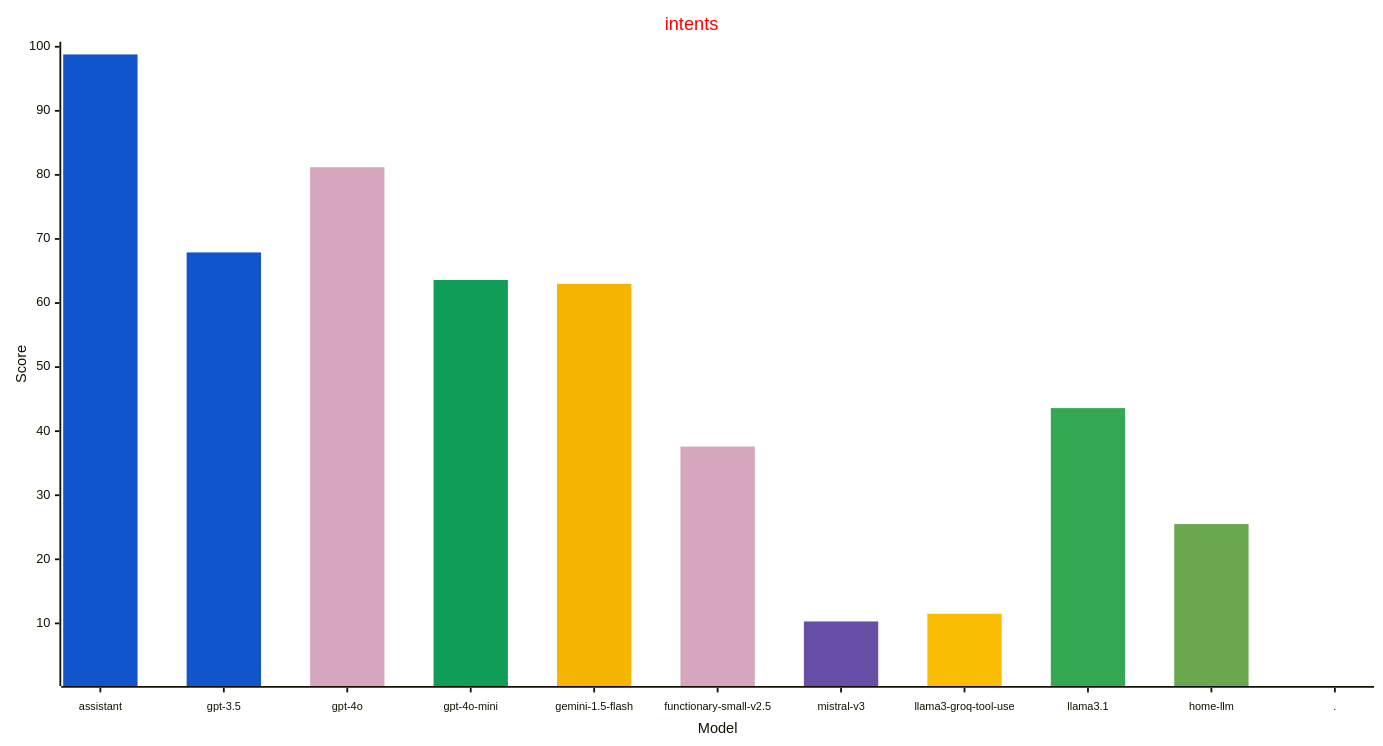
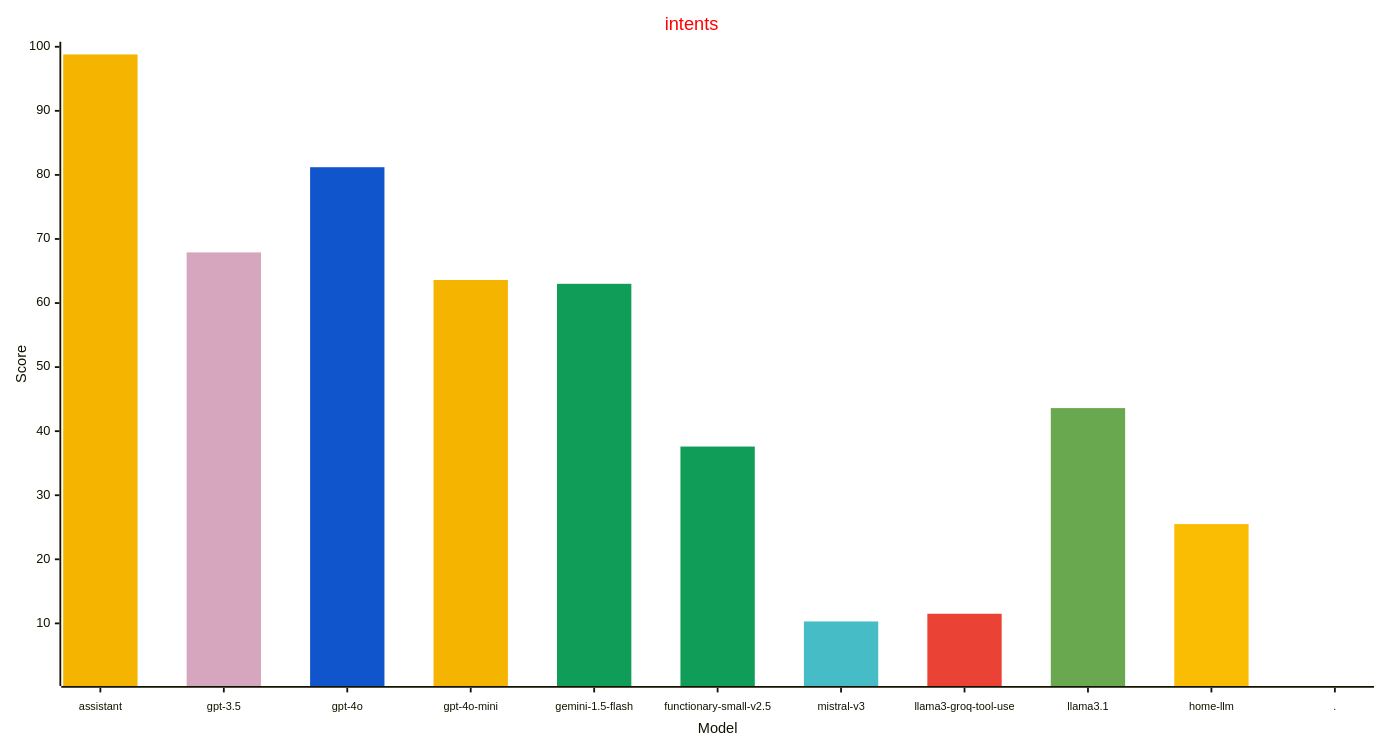
Before and after one commit to allenporter/home-assistant-datasets: the fourth of 4 diagrams in reports/README.md, drawn with Mermaid. The commit also changed other lines of this file and 1 other file, not shown here.

````diff
--- a/reports/README.md
+++ b/reports/README.md
@@ -194,31 +194,31 @@
 ```mermaid
 ---
 config:
     xyChart:
         width: 1500
         height: 800
         xAxis:
           labelFontSize: 12
           labelPadding: 8
     themeVariables:
         xyChart:
             titleColor: "#ff0000"
-            plotColorPalette: "#1155cc, #1155cc, #d5a6bd, #0f9d58, #f4b400, #d5a6bd, #674ea7, #fbbc04, #34a853, #6aa84f, #4285f4"
+            plotColorPalette: "#f4b400, #d5a6bd, #1155cc, #f4b400, #0f9d58, #0f9d58, #46bdc6, #ea4335, #6aa84f, #fbbc04, #4285f4"
 
 ---
 xychart-beta
   title "intents"
   x-axis "Model" [assistant, gpt-3.5, gpt-4o, gpt-4o-mini, gemini-1.5-flash, functionary-small-v2.5, mistral-v3, llama3-groq-tool-use, llama3.1, home-llm, .]
   y-axis "Score" 1 --> 100
   bar [98.8, 0.0, 0.0, 0.0, 0.0, 0.0, 0.0, 0.0, 0.0, 0.0, 0.0]
   bar [0.0, 67.9, 0.0, 0.0, 0.0, 0.0, 0.0, 0.0, 0.0, 0.0, 0.0]
   bar [0.0, 0.0, 81.2, 0.0, 0.0, 0.0, 0.0, 0.0, 0.0, 0.0, 0.0]
   bar [0.0, 0.0, 0.0, 63.6, 0.0, 0.0, 0.0, 0.0, 0.0, 0.0, 0.0]
   bar [0.0, 0.0, 0.0, 0.0, 63.0, 0.0, 0.0, 0.0, 0.0, 0.0, 0.0]
   bar [0.0, 0.0, 0.0, 0.0, 0.0, 37.6, 0.0, 0.0, 0.0, 0.0, 0.0]
   bar [0.0, 0.0, 0.0, 0.0, 0.0, 0.0, 10.3, 0.0, 0.0, 0.0, 0.0]
   bar [0.0, 0.0, 0.0, 0.0, 0.0, 0.0, 0.0, 11.5, 0.0, 0.0, 0.0]
   bar [0.0, 0.0, 0.0, 0.0, 0.0, 0.0, 0.0, 0.0, 43.6, 0.0, 0.0]
   bar [0.0, 0.0, 0.0, 0.0, 0.0, 0.0, 0.0, 0.0, 0.0, 25.5, 0.0]
   bar [0.0, 0.0, 0.0, 0.0, 0.0, 0.0, 0.0, 0.0, 0.0, 0.0, -1.0]
 ```
````
